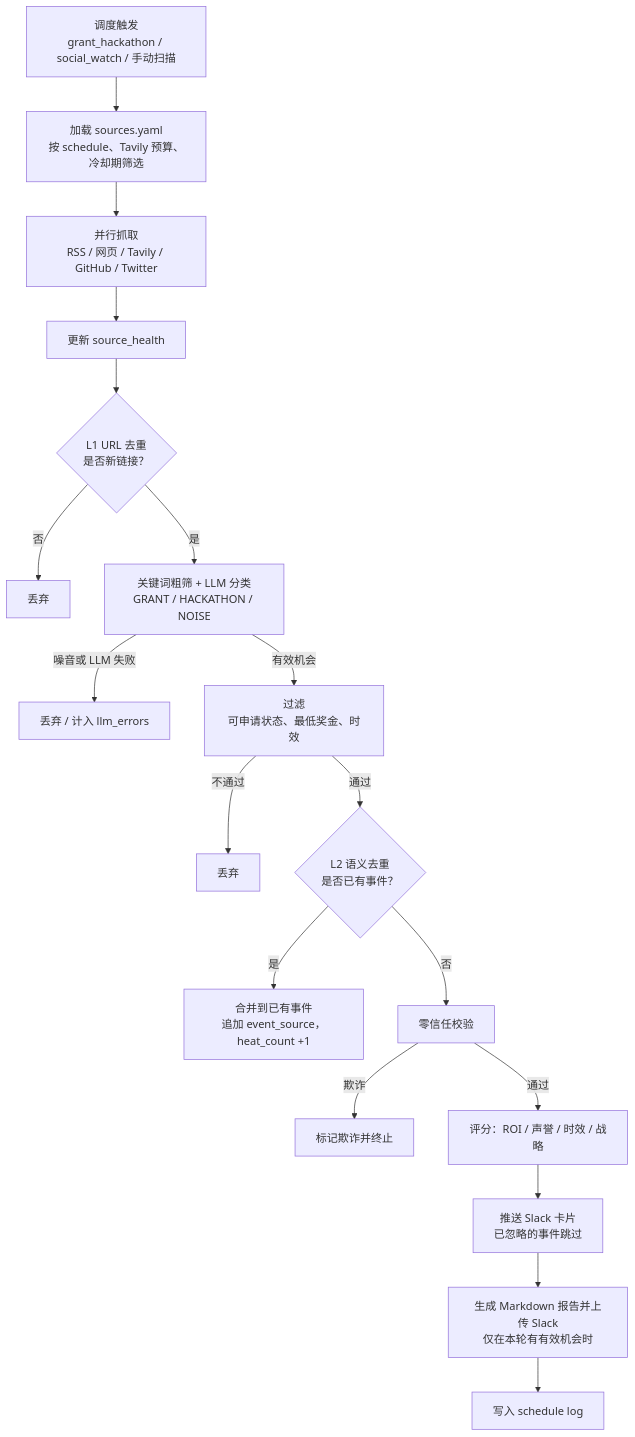
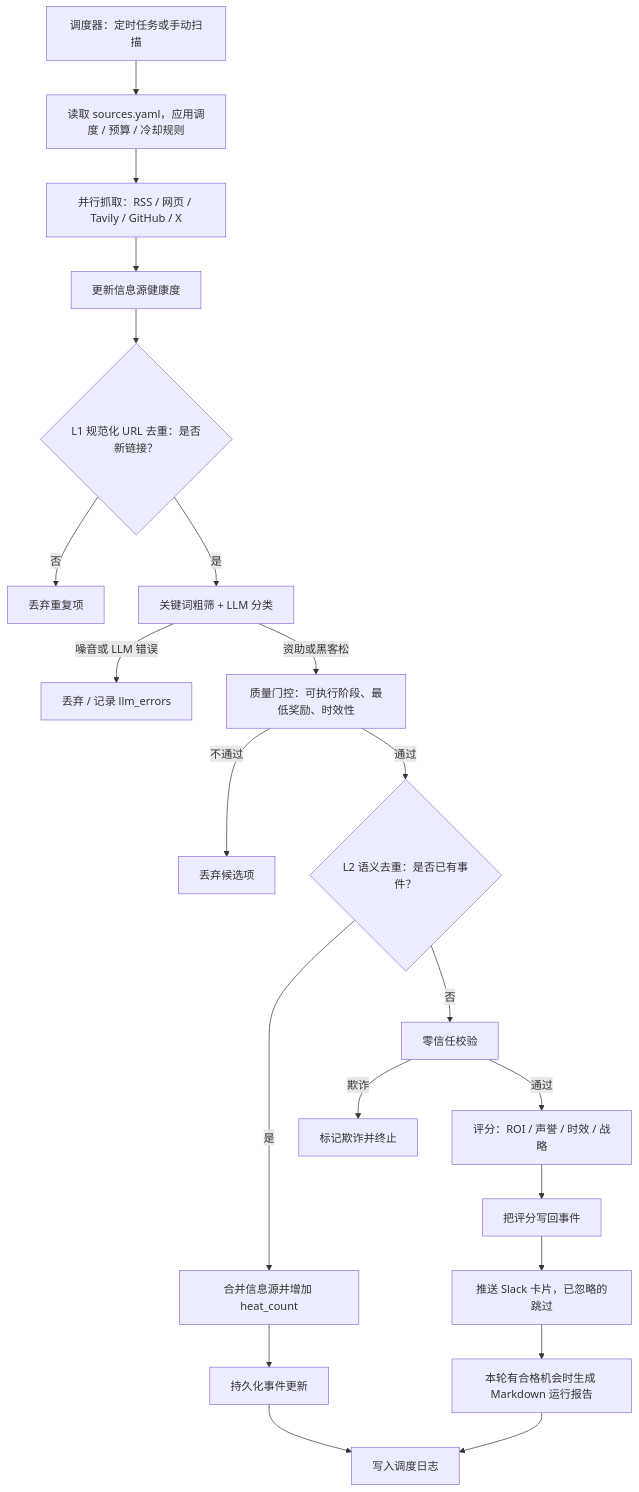
Before and after one commit to sunnybai01/web3-grant-radar: the diagram in README.zh-CN.md, drawn with Mermaid. The commit also changed other lines of this file and 3 other files, not shown here.

First line of the commit message:
docs: new README with architecture diagram

````diff
--- a/README.zh-CN.md
+++ b/README.zh-CN.md
@@ -32,20 +63,23 @@
 ```mermaid
 flowchart TD
-  A[调度触发<br/>grant_hackathon / social_watch / 手动扫描] --> B[加载 sources.yaml<br/>按 schedule、Tavily 预算、冷却期筛选]
-  B --> C[并行抓取<br/>RSS / 网页 / Tavily / GitHub / Twitter]
-  C --> D[更新 source_health]
-  D --> E{L1 URL 去重<br/>是否新链接？}
-  E -->|否| X1[丢弃]
-  E -->|是| F[关键词粗筛 + LLM 分类<br/>GRANT / HACKATHON / NOISE]
-  F -->|噪音或 LLM 失败| X2[丢弃 / 计入 llm_errors]
-  F -->|有效机会| G[过滤<br/>可申请状态、最低奖金、时效]
-  G -->|不通过| X3[丢弃]
-  G -->|通过| H{L2 语义去重<br/>是否已有事件？}
-  H -->|是| I[合并到已有事件<br/>追加 event_source，heat_count +1]
+  A[调度器：定时任务或手动扫描] --> B[读取 sources.yaml，应用调度 / 预算 / 冷却规则]
+  B --> C[并行抓取：RSS / 网页 / Tavily / GitHub / X]
+  C --> D[更新信息源健康度]
+  D --> E{L1 规范化 URL 去重：是否新链接？}
+  E -->|否| X1[丢弃重复项]
+  E -->|是| F[关键词粗筛 + LLM 分类]
+  F -->|噪音或 LLM 错误| X2[丢弃 / 记录 llm_errors]
+  F -->|资助或黑客松| G[质量门控：可执行阶段、最低奖励、时效性]
+  G -->|不通过| X3[丢弃候选项]
+  G -->|通过| H{L2 语义去重：是否已有事件？}
+  H -->|是| I[合并信息源并增加 heat_count]
+  I --> P[持久化事件更新]
   H -->|否| J[零信任校验]
   J -->|欺诈| X4[标记欺诈并终止]
   J -->|通过| K[评分：ROI / 声誉 / 时效 / 战略]
-  K --> L[推送 Slack 卡片<br/>已忽略的事件跳过]
-  L --> M[生成 Markdown 报告并上传 Slack<br/>仅在本轮有有效机会时]
-  M --> N[写入 schedule log]
+  K --> Q[把评分写回事件]
+  Q --> M[推送 Slack 卡片，已忽略的跳过]
+  M --> R[本轮有合格机会时生成 Markdown 运行报告]
+  P --> N[写入调度日志]
+  R --> N
 ```
````
